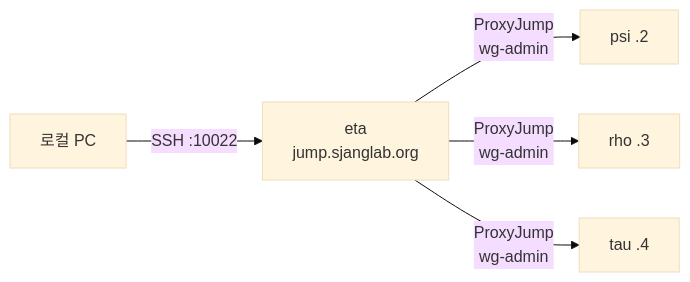
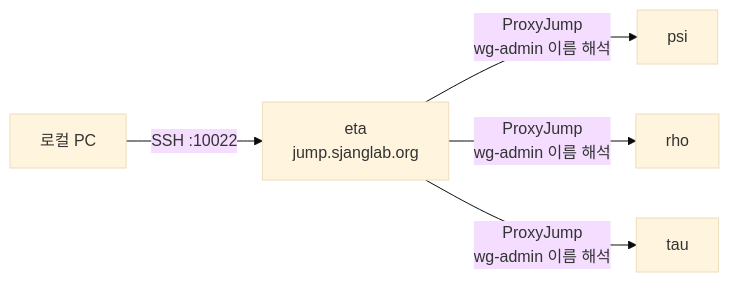
The diagram in docs/dev/ssh-access.md (SBEE-Lab/infra), drawn with Mermaid (base theme) before and after one commit. The commit also changed other lines of this file and 16 other files, not shown here.

````diff
--- a/docs/dev/ssh-access.md
+++ b/docs/dev/ssh-access.md
@@ -27,7 +27,7 @@
 ```mermaid
 flowchart LR
   user["로컬 PC"] -- "SSH :10022" --> eta["eta<br/>jump.sjanglab.org"]
-  eta -- "ProxyJump<br/>wg-admin" --> psi["psi .2"]
-  eta -- "ProxyJump<br/>wg-admin" --> rho["rho .3"]
-  eta -- "ProxyJump<br/>wg-admin" --> tau["tau .4"]
+  eta -- "ProxyJump<br/>wg-admin 이름 해석" --> psi["psi"]
+  eta -- "ProxyJump<br/>wg-admin 이름 해석" --> rho["rho"]
+  eta -- "ProxyJump<br/>wg-admin 이름 해석" --> tau["tau"]
 ```
````
